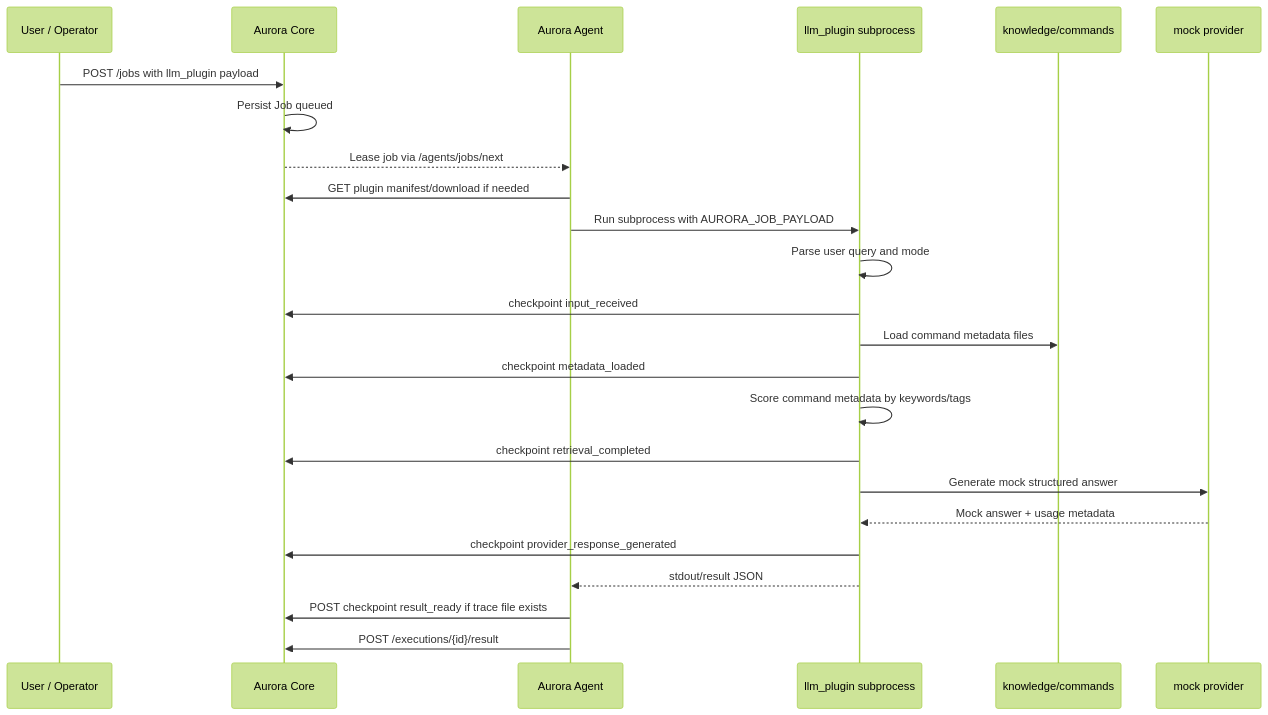
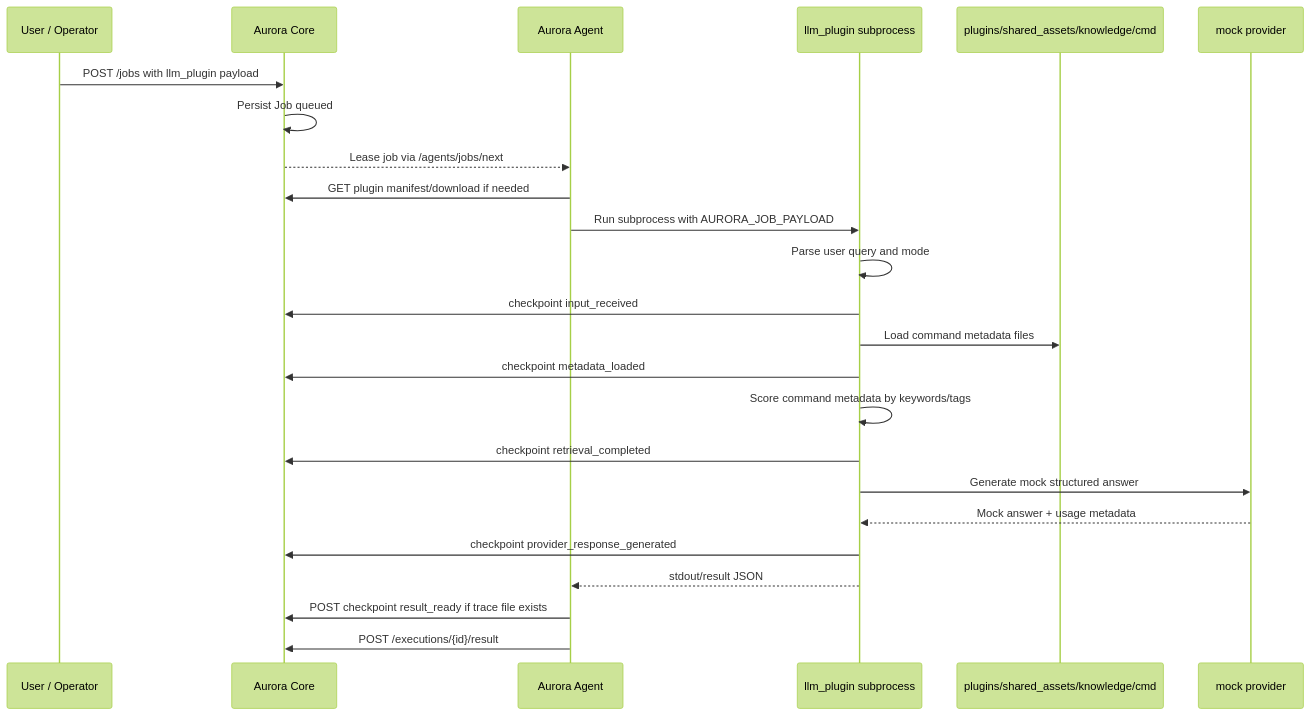
Before and after one commit to gnznovus/project-aurora: the first of 3 diagrams in docs/generated/llm_execution_flow.md, drawn with Mermaid (forest theme). The commit also changed 10 other files, not shown here.

Commit message:
Move shared LLM knowledge into shared_assets

````diff
--- a/docs/generated/llm_execution_flow.md
+++ b/docs/generated/llm_execution_flow.md
@@ -7,29 +7,29 @@
 ```mermaid
 sequenceDiagram
   participant User as User / Operator
   participant Core as Aurora Core
   participant Agent as Aurora Agent
   participant Plugin as llm_plugin subprocess
-  participant Docs as knowledge/commands
+  participant Docs as plugins/shared_assets/knowledge/cmd
   participant Provider as mock provider
 
   User->>Core: POST /jobs with llm_plugin payload
   Core->>Core: Persist Job queued
   Core-->>Agent: Lease job via /agents/jobs/next
 
   Agent->>Core: GET plugin manifest/download if needed
   Agent->>Plugin: Run subprocess with AURORA_JOB_PAYLOAD
 
   Plugin->>Plugin: Parse user query and mode
   Plugin->>Core: checkpoint input_received
   Plugin->>Docs: Load command metadata files
   Plugin->>Core: checkpoint metadata_loaded
   Plugin->>Plugin: Score command metadata by keywords/tags
   Plugin->>Core: checkpoint retrieval_completed
   Plugin->>Provider: Generate mock structured answer
   Provider-->>Plugin: Mock answer + usage metadata
   Plugin->>Core: checkpoint provider_response_generated
   Plugin-->>Agent: stdout/result JSON
   Agent->>Core: POST checkpoint result_ready if trace file exists
   Agent->>Core: POST /executions/{id}/result
 ```
````
